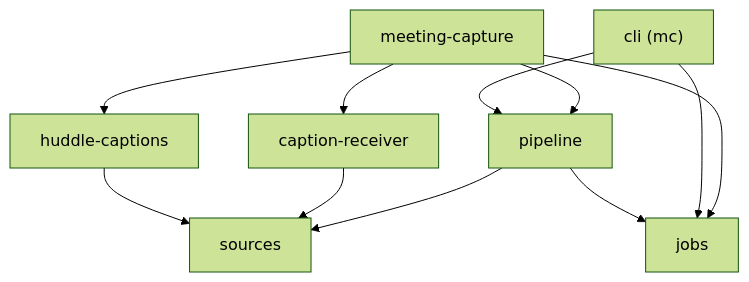
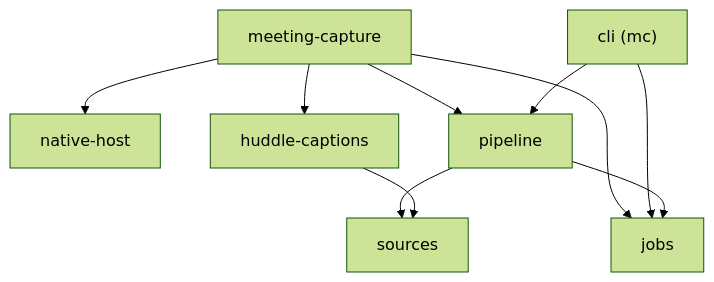
One commit to kujjwal02/meeting-capture changed the ninth of 9 diagrams in docs/02-architecture.md. Above: the diagram before and after it, drawn with Mermaid (forest theme). The commit also changed other lines of this file and 9 other files, not shown here.

````diff
--- a/docs/02-architecture.md
+++ b/docs/02-architecture.md
@@ -187,13 +186,12 @@
 ```mermaid
 flowchart TB
-    APP["meeting-capture"] --> RCV["caption-receiver"]
+    APP["meeting-capture"] --> NH["native-host"]
     APP --> PIPE["pipeline"]
     APP --> JOBS["jobs"]
     CLI["cli (mc)"] --> PIPE
     CLI --> JOBS
     PIPE --> SRC["sources"]
     PIPE --> JOBS
-    RCV --> SRC
     APP --> HC["huddle-captions"]
     HC --> SRC
 ```
````
